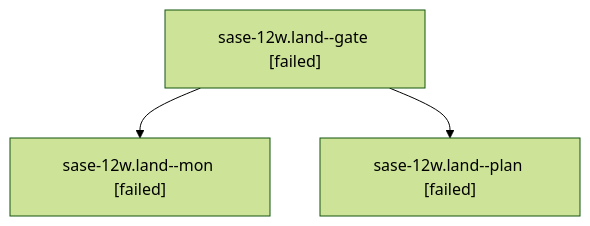
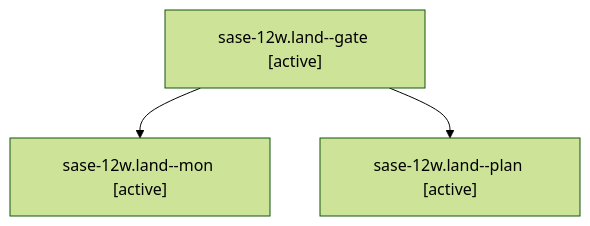
The diagram in families/bbugyi200.athena.sase-12w.land.md (sase-org/sase--agents), drawn with Mermaid (forest theme) before and after one commit. The commit also changed other lines of this file and 35830 other files, not shown here.

````diff
--- a/families/bbugyi200.athena.sase-12w.land.md
+++ b/families/bbugyi200.athena.sase-12w.land.md
@@ -9,8 +9,8 @@
 ```mermaid
 flowchart TD
-  n0["sase-12w.land--gate [failed]"]
-  n1["sase-12w.land--mon [failed]"]
+  n0["sase-12w.land--gate [active]"]
+  n1["sase-12w.land--mon [active]"]
   n0 --> n1
-  n2["sase-12w.land--plan [failed]"]
+  n2["sase-12w.land--plan [active]"]
   n0 --> n2
 ```
````
